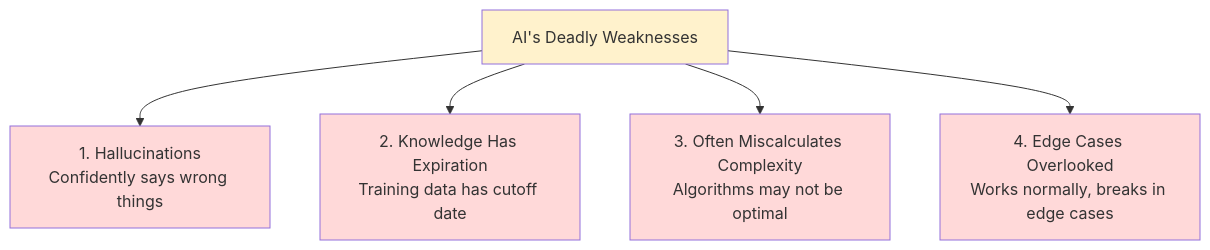
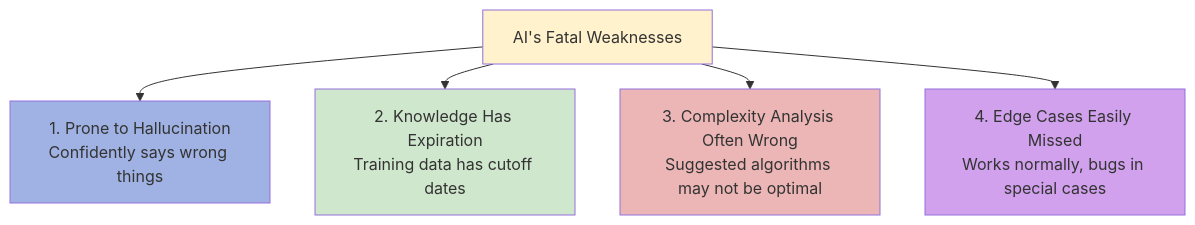
Before and after one commit to microwind/algorithms: the fourth of 5 diagrams in start-here/Why-Programmers-35-Plus-Are-Thriving-in-AI-Era-EN.md, drawn with Mermaid. The commit also changed other lines of this file and 1 other file, not shown here.

````diff
--- a/start-here/Why-Programmers-35-Plus-Are-Thriving-in-AI-Era-EN.md
+++ b/start-here/Why-Programmers-35-Plus-Are-Thriving-in-AI-Era-EN.md
@@ -197,13 +289,14 @@
 ```mermaid
+%%{init: {'flowchart': {'nodeSpacing': 45, 'rankSpacing': 25, 'padding': 15}}}%%
 graph TD
-    A["AI's Deadly Weaknesses"] --> B["1. Hallucinations<br/>Confidently says wrong things"]
-    A --> C["2. Knowledge Has Expiration<br/>Training data has cutoff date"]
-    A --> D["3. Often Miscalculates Complexity<br/>Algorithms may not be optimal"]
-    A --> E["4. Edge Cases Overlooked<br/>Works normally, breaks in edge cases"]
+    A["AI's Fatal Weaknesses"] --> B["1. Prone to Hallucination<br/>Confidently says wrong things"]
+    A --> C["2. Knowledge Has Expiration<br/>Training data has cutoff dates"]
+    A --> D["3. Complexity Analysis Often Wrong<br/>Suggested algorithms may not be optimal"]
+    A --> E["4. Edge Cases Easily Missed<br/>Works normally, bugs in special cases"]
 
-    style A fill:#FFF2CC
-    style B fill:#FFD9D9
-    style C fill:#FFD9D9
-    style D fill:#FFD9D9
-    style E fill:#FFD9D9
+    style A fill:#fff2cc
+    style B fill:#A0B2E3
+    style C fill:#CFE7CC
+    style D fill:#ECB6B6
+    style E fill:#D1A1ED
 ```
````
